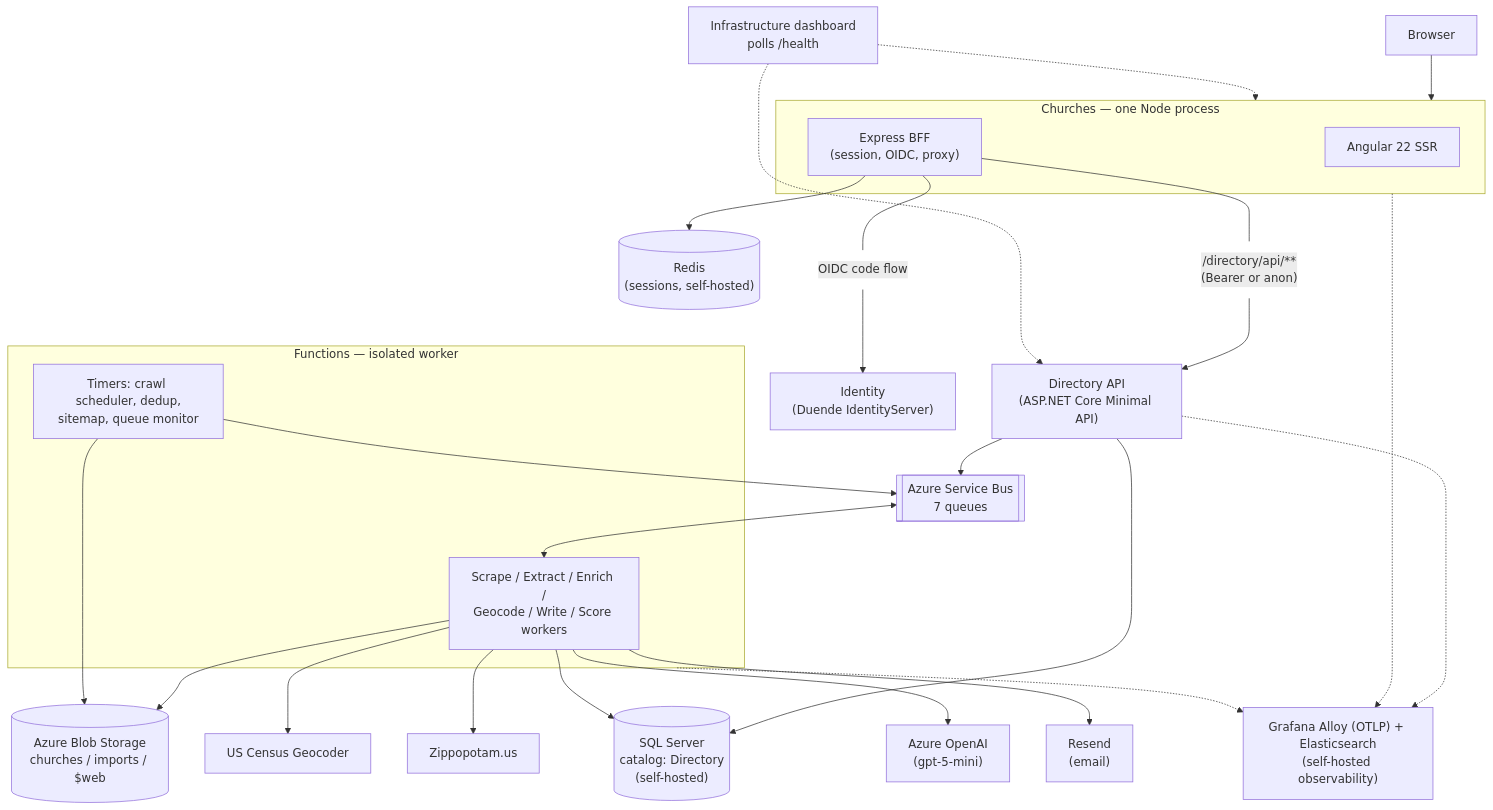
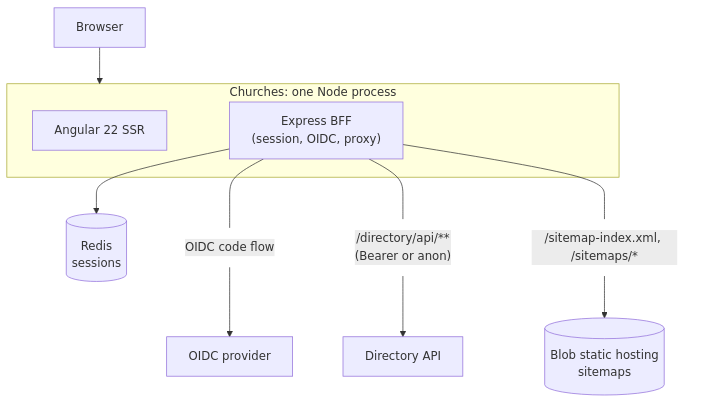
One commit to crgolden/Churches changed the first of 4 diagrams in ARCHITECTURE.md. Above: the diagram before and after it, drawn with Mermaid. The commit also changed other lines of this file and 2 other files, not shown here.

First line of the commit message:
Make Churches' docs stand on this repo alone

````diff
--- a/ARCHITECTURE.md
+++ b/ARCHITECTURE.md
@@ -17,54 +11,23 @@
 ```mermaid
 graph TB
     Browser["Browser"]
 
-    subgraph ChurchesApp["Churches — one Node process"]
+    subgraph ChurchesApp["Churches: one Node process"]
         SSR["Angular 22 SSR"]
         BFF["Express BFF<br/>(session, OIDC, proxy)"]
     end
 
-    Identity["Identity<br/>(Duende IdentityServer)"]
-    DirectoryAPI["Directory API<br/>(ASP.NET Core Minimal API)"]
-    SQL[("SQL Server<br/>catalog: Directory<br/>(self-hosted)")]
-    Redis[("Redis<br/>(sessions, self-hosted)")]
-
-    subgraph Pipeline["Functions — isolated worker"]
-        Workers["Scrape / Extract / Enrich /<br/>Geocode / Write / Score workers"]
-        Jobs["Timers: crawl scheduler, dedup,<br/>sitemap, queue monitor"]
-    end
-
-    ServiceBus[["Azure Service Bus<br/>7 queues"]]
-    Blob[("Azure Blob Storage<br/>churches / imports / $web")]
-
-    Census["US Census Geocoder"]
-    Zippo["Zippopotam.us"]
-    OpenAI["Azure OpenAI<br/>(gpt-5-mini)"]
-    Resend["Resend<br/>(email)"]
-
-    Obs["Grafana Alloy (OTLP) + Elasticsearch<br/>(self-hosted observability)"]
-    Infra["Infrastructure dashboard<br/>polls /health"]
+    OIDC["OIDC provider"]
+    DirectoryAPI["Directory API"]
+    Redis[("Redis<br/>sessions")]
+    Blob[("Blob static hosting<br/>sitemaps")]
 
     Browser --> ChurchesApp
-    BFF --- L1["OIDC code flow"] --> Identity
+    BFF --- L1["OIDC code flow"] --> OIDC
     BFF --- L2["/directory/api/**<br/>(Bearer or anon)"] --> DirectoryAPI
     BFF --> Redis
-    DirectoryAPI --> SQL
-    DirectoryAPI --> ServiceBus
-    ServiceBus <--> Workers
-    Workers --> SQL
-    Workers --> Blob
-    Workers --> Census
-    Workers --> Zippo
-    Workers --> OpenAI
-    Workers --> Resend
-    Jobs --> ServiceBus
-    Jobs --> Blob
-    ChurchesApp -.-> Obs
-    DirectoryAPI -.-> Obs
-    Pipeline -.-> Obs
-    Infra -.-> ChurchesApp
-    Infra -.-> DirectoryAPI
+    BFF --- L3["/sitemap-index.xml, /sitemaps/*"] --> Blob
 
     classDef edgeLabel fill:none,stroke:none
-    class L1,L2 edgeLabel
+    class L1,L2,L3 edgeLabel
 ```
````
